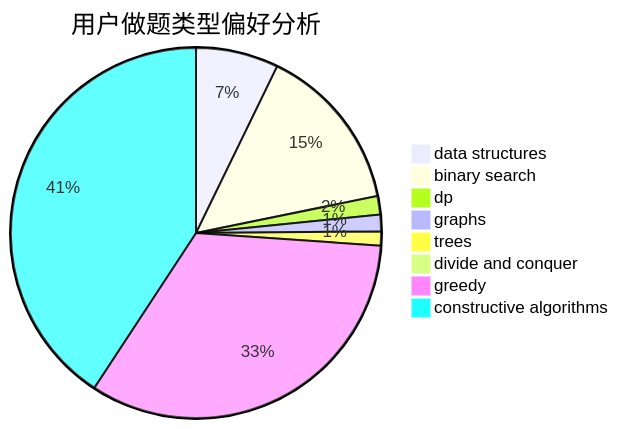
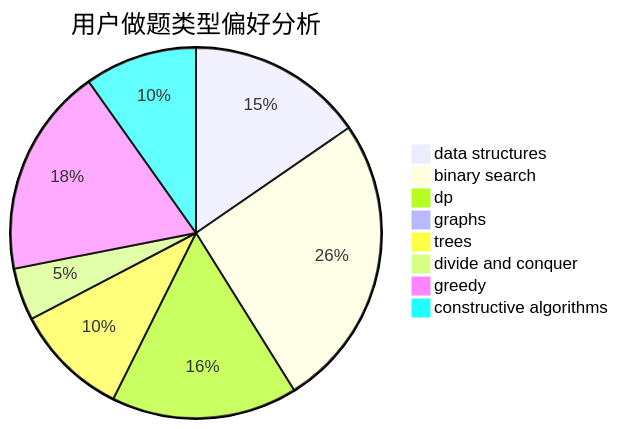
The second of 3 diagrams in docs/user/u1575.md (sherpahu/cfrs.github.io), drawn with Mermaid before and after one commit. The commit also changed other lines of this file and 2770 other files, not shown here.

````diff
--- a/docs/user/u1575.md
+++ b/docs/user/u1575.md
@@ -23,11 +23,11 @@
 ```mermaid
 pie title 用户做题类型偏好分析
-    "data structures" :  94
-    "binary search" :  190
-    "dp" :  21
-    "graphs" :  19
-    "trees" :  16
-    "divide and conquer" :  0
-    "greedy" :  432
-    "constructive algorithms" :  531
+    "data structures" :  91
+    "binary search" :  152
+    "dp" :  96
+    "graphs" :  5
+    "trees" :  59
+    "divide and conquer" :  27
+    "greedy" :  108
+    "constructive algorithms" :  58
 ```
````
